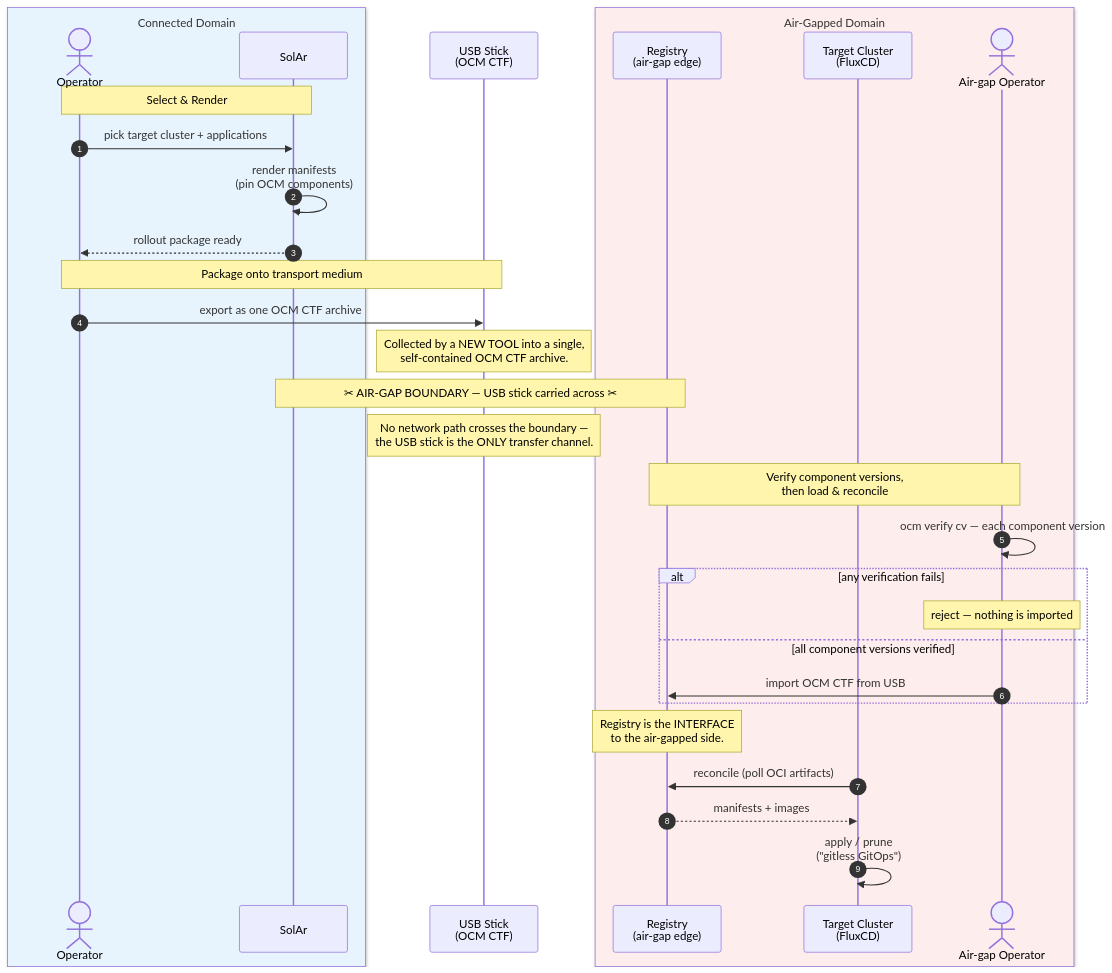
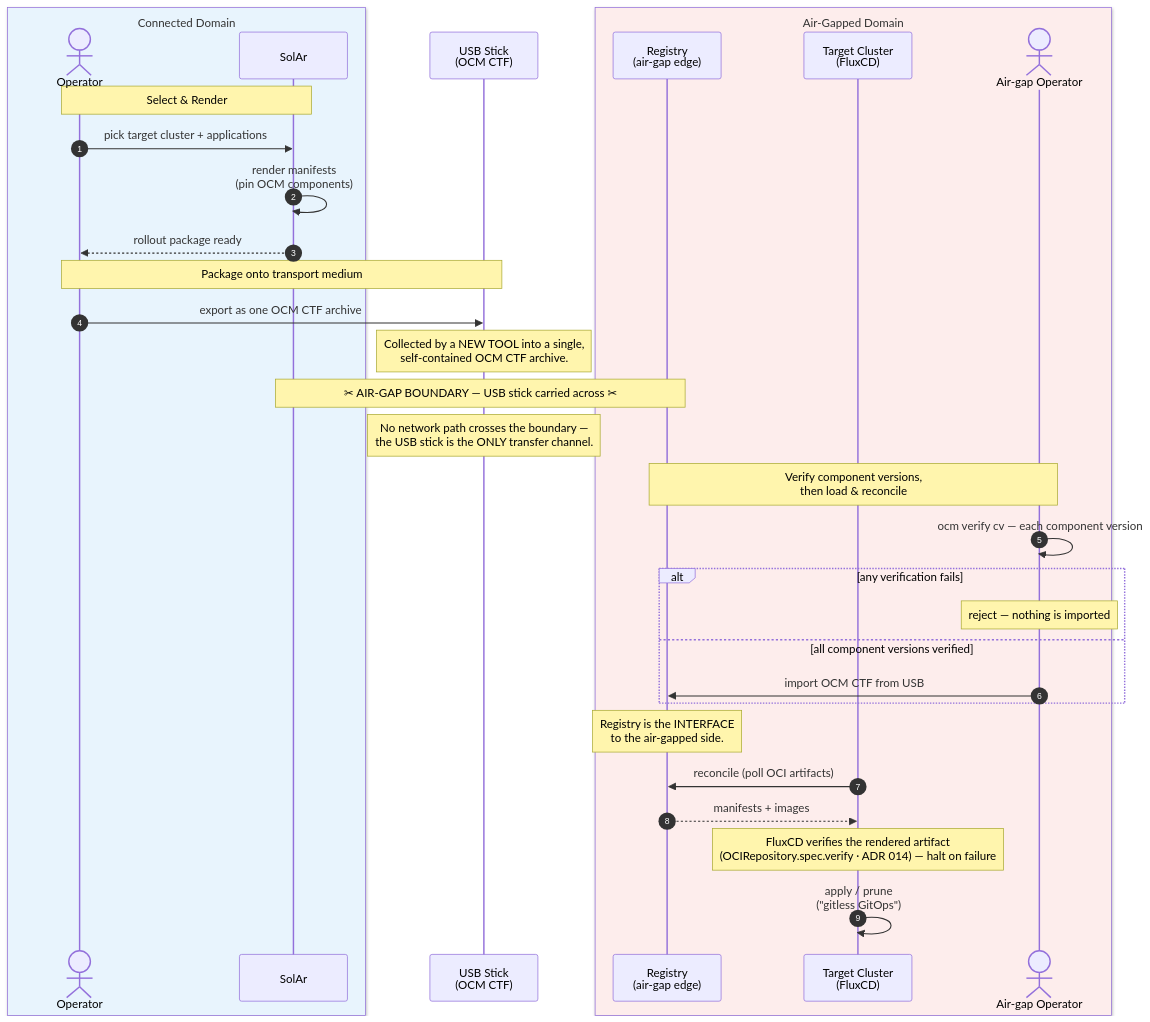
Before and after one commit to opendefensecloud/solution-arsenal: the second of 2 diagrams in docs/developer-guide/adrs/016-airgapped-catalog-chaining.md, drawn with Mermaid. The commit also changed other lines of this file and 2 other files, not shown here.

Commit message:
docs(adr-016): document deploy-time FluxCD OCIRepository.spec.verify (two-layer verification)

````diff
--- a/docs/developer-guide/adrs/016-airgapped-catalog-chaining.md
+++ b/docs/developer-guide/adrs/016-airgapped-catalog-chaining.md
@@ -210,41 +219,42 @@
 ```mermaid
 sequenceDiagram
     autonumber
 
     box rgb(232,244,253) Connected Domain
         actor User as Operator
         participant SolAr as SolAr
     end
 
     participant USB as USB Stick<br/>(OCM CTF)
 
     box rgb(253,237,236) Air-Gapped Domain
         participant Reg as Registry<br/>(air-gap edge)
         participant Cluster as Target Cluster<br/>(FluxCD)
         actor Ops as Air-gap Operator
     end
 
     Note over User,SolAr: Select & Render
     User->>SolAr: pick target cluster + applications
     SolAr->>SolAr: render manifests<br/>(pin OCM components)
     SolAr-->>User: rollout package ready
 
     Note over User,USB: Package onto transport medium
     User->>USB: export as one OCM CTF archive
     Note over USB: Collected by a NEW TOOL into a single,<br/>self-contained OCM CTF archive.
 
     Note over SolAr,Reg: ✂ AIR-GAP BOUNDARY — USB stick carried across ✂
     Note over USB: No network path crosses the boundary —<br/>the USB stick is the ONLY transfer channel.
 
     Note over Reg,Ops: Verify component versions,<br/>then load & reconcile
     Ops->>Ops: ocm verify cv — each component version
     alt any verification fails
         Note over Ops: reject — nothing is imported
     else all component versions verified
         Ops->>Reg: import OCM CTF from USB
     end
     Note over Reg: Registry is the INTERFACE<br/>to the air-gapped side.
     Cluster->>Reg: reconcile (poll OCI artifacts)
     Reg-->>Cluster: manifests + images
+    Note over Cluster: FluxCD verifies the rendered artifact<br/>(OCIRepository.spec.verify · ADR 014) — halt on failure
     Cluster->>Cluster: apply / prune<br/>("gitless GitOps")
 ```
````
